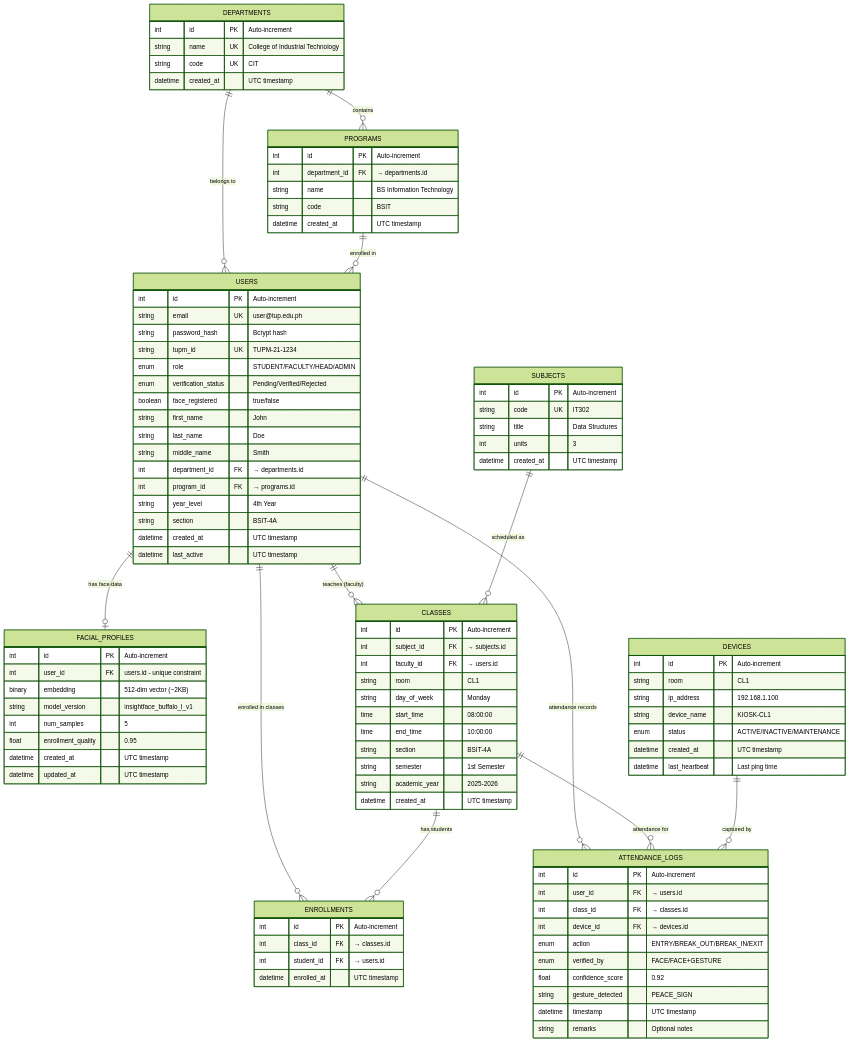
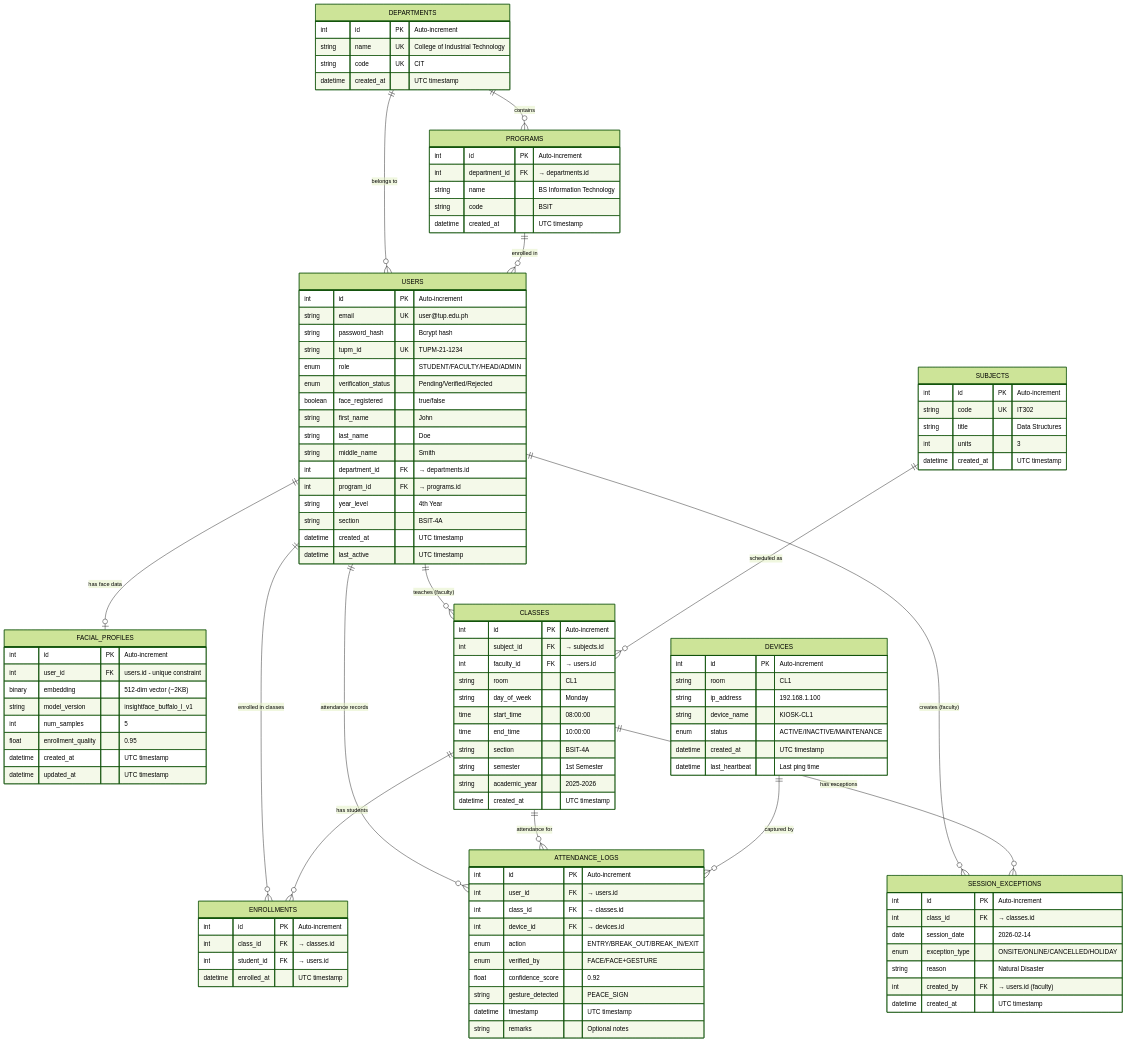
The first of 3 diagrams in documentation/database/FRAMES_Database_Schema_Complete.md (EannMon/FRAMESCAPSTONE), drawn with Mermaid (forest theme) before and after one commit. The commit also changed other lines of this file and 1 other file, not shown here.

````diff
--- a/documentation/database/FRAMES_Database_Schema_Complete.md
+++ b/documentation/database/FRAMES_Database_Schema_Complete.md
@@ -198,6 +199,16 @@
         string remarks "Optional notes"
     }
 
+    SESSION_EXCEPTIONS {
+        int id PK "Auto-increment"
+        int class_id FK "→ classes.id"
+        date session_date "2026-02-14"
+        enum exception_type "ONSITE/ONLINE/CANCELLED/HOLIDAY"
+        string reason "Natural Disaster"
+        int created_by FK "→ users.id (faculty)"
+        datetime created_at "UTC timestamp"
+    }
+
     %% Relationships
     DEPARTMENTS ||--o{ PROGRAMS : "contains"
     DEPARTMENTS ||--o{ USERS : "belongs to"
@@ -207,10 +218,12 @@
     USERS ||--o{ ENROLLMENTS : "enrolled in classes"
     USERS ||--o{ CLASSES : "teaches (faculty)"
     USERS ||--o{ ATTENDANCE_LOGS : "attendance records"
+    USERS ||--o{ SESSION_EXCEPTIONS : "creates (faculty)"
     
     SUBJECTS ||--o{ CLASSES : "scheduled as"
     CLASSES ||--o{ ENROLLMENTS : "has students"
     CLASSES ||--o{ ATTENDANCE_LOGS : "attendance for"
+    CLASSES ||--o{ SESSION_EXCEPTIONS : "has exceptions"
     
     DEVICES ||--o{ ATTENDANCE_LOGS : "captured by"
 ```
````
